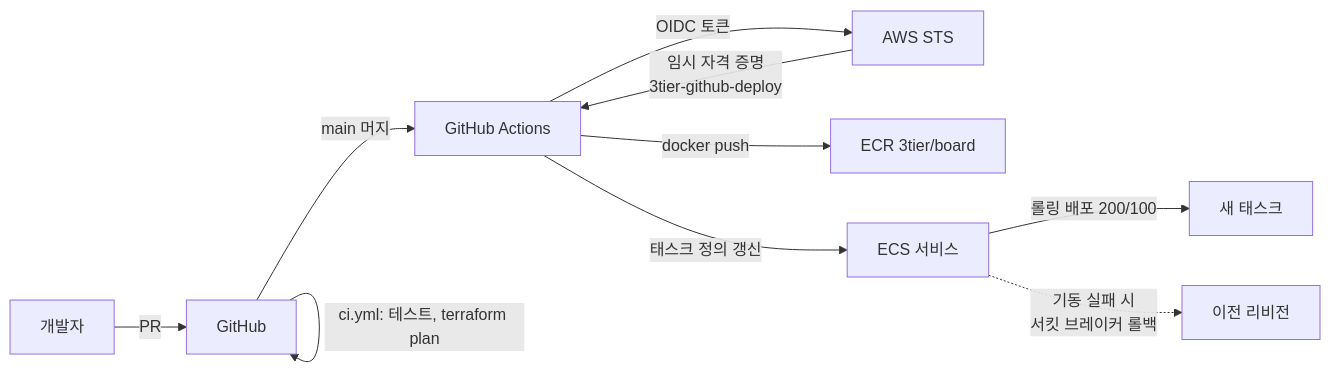
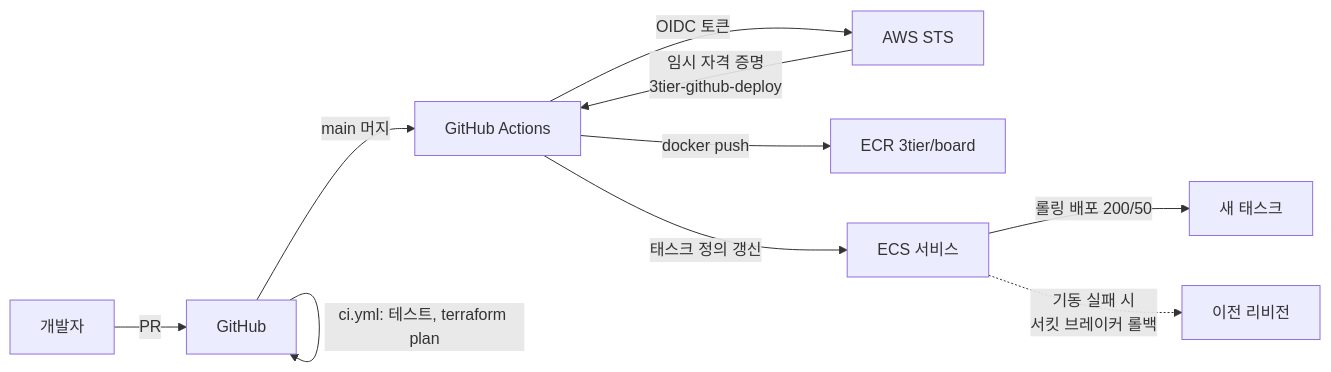
The third of 4 diagrams in docs/architecture.md (DDongHyun00/3-tier-terraform-ecs), drawn with Mermaid before and after one commit. The commit also changed other lines of this file and 38 other files, not shown here.

````diff
--- a/docs/architecture.md
+++ b/docs/architecture.md
@@ -74,12 +85,12 @@
 ```mermaid
 flowchart LR
     DEV[개발자] -->|PR| GH[GitHub]
     GH -->|ci.yml: 테스트, terraform plan| GH
     GH -->|main 머지| GA[GitHub Actions]
     GA -->|OIDC 토큰| STS[AWS STS]
     STS -->|임시 자격 증명<br/>3tier-github-deploy| GA
     GA -->|docker push| ECR[ECR 3tier/board]
     GA -->|태스크 정의 갱신| ECS[ECS 서비스]
-    ECS -->|롤링 배포 200/100| T[새 태스크]
+    ECS -->|롤링 배포 200/50| T[새 태스크]
     ECS -.->|기동 실패 시<br/>서킷 브레이커 롤백| OLD[이전 리비전]
 ```
````
